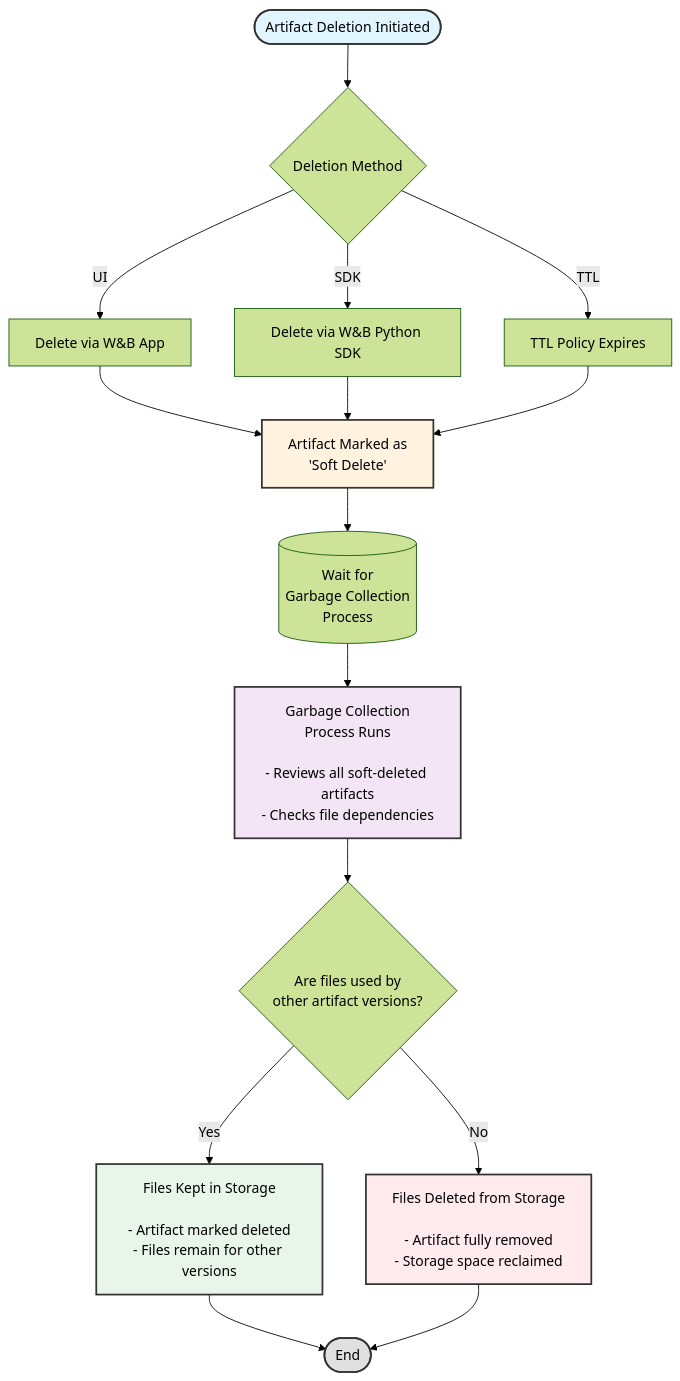
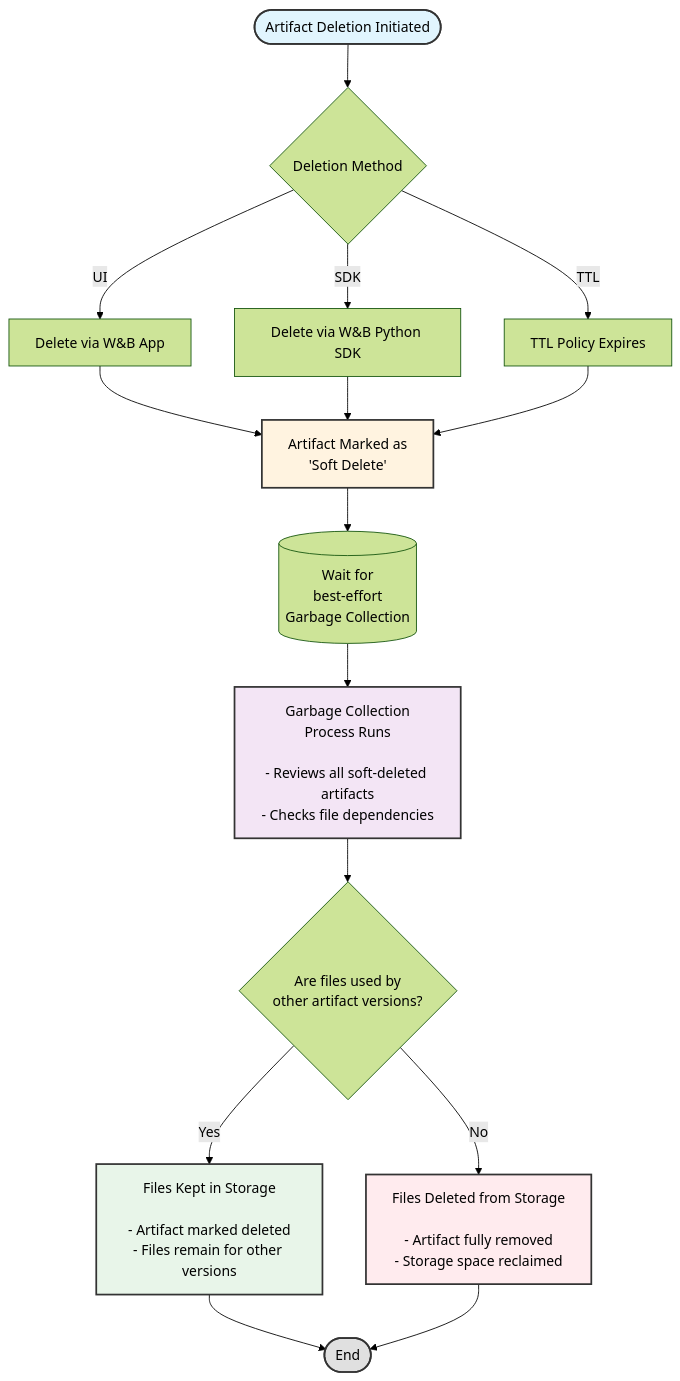
One commit to wandb/docs changed the diagram in models/artifacts/delete-artifacts.mdx. Above: the diagram before and after it, drawn with Mermaid (forest theme). The commit also changed other lines of this file and 5 other files, not shown here.

````diff
--- a/models/artifacts/delete-artifacts.mdx
+++ b/models/artifacts/delete-artifacts.mdx
@@ -15,31 +19,31 @@
 ```mermaid
 graph TB
     Start([Artifact Deletion Initiated]) --> DeleteMethod{Deletion Method}
     
     DeleteMethod -->|UI| UIDelete[Delete via W&B App]
     DeleteMethod -->|SDK| SDKDelete[Delete via W&B Python SDK]
     DeleteMethod -->|TTL| TTLDelete[TTL Policy Expires]
     
     UIDelete --> SoftDelete[Artifact Marked as<br/>'Soft Delete']
     SDKDelete --> SoftDelete
     TTLDelete --> SoftDelete
     
-    SoftDelete --> GCWait[(Wait for<br/>Garbage Collection<br/>Process)]
+    SoftDelete --> GCWait[(Wait for<br/>best-effort<br/>Garbage Collection)]
     
     GCWait --> GCRun[Garbage Collection<br/>Process Runs<br/><br/>- Reviews all soft-deleted artifacts<br/>- Checks file dependencies]
     
     GCRun --> CheckUsage{Are files used by<br/>other artifact versions?}
     
     CheckUsage -->|Yes| KeepFiles[Files Kept in Storage<br/><br/>- Artifact marked deleted<br/>- Files remain for other versions]
     CheckUsage -->|No| DeleteFiles[Files Deleted from Storage<br/><br/>- Artifact fully removed<br/>- Storage space reclaimed]
     
     KeepFiles --> End([End])
     DeleteFiles --> End
     
     style Start fill:#e1f5fe,stroke:#333,stroke-width:2px,color:#000
     style SoftDelete fill:#fff3e0,stroke:#333,stroke-width:2px,color:#000
     style GCRun fill:#f3e5f5,stroke:#333,stroke-width:2px,color:#000
     style KeepFiles fill:#e8f5e9,stroke:#333,stroke-width:2px,color:#000
     style DeleteFiles fill:#ffebee,stroke:#333,stroke-width:2px,color:#000
     style End fill:#e0e0e0,stroke:#333,stroke-width:2px,color:#000
 ``` 
````
